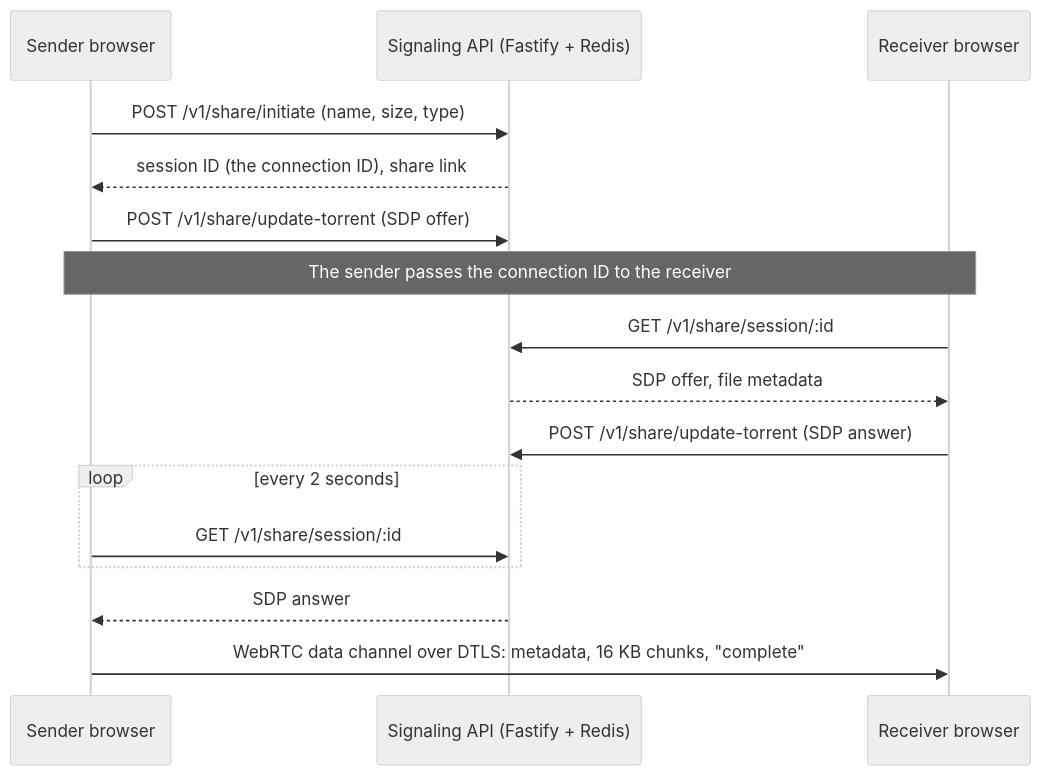
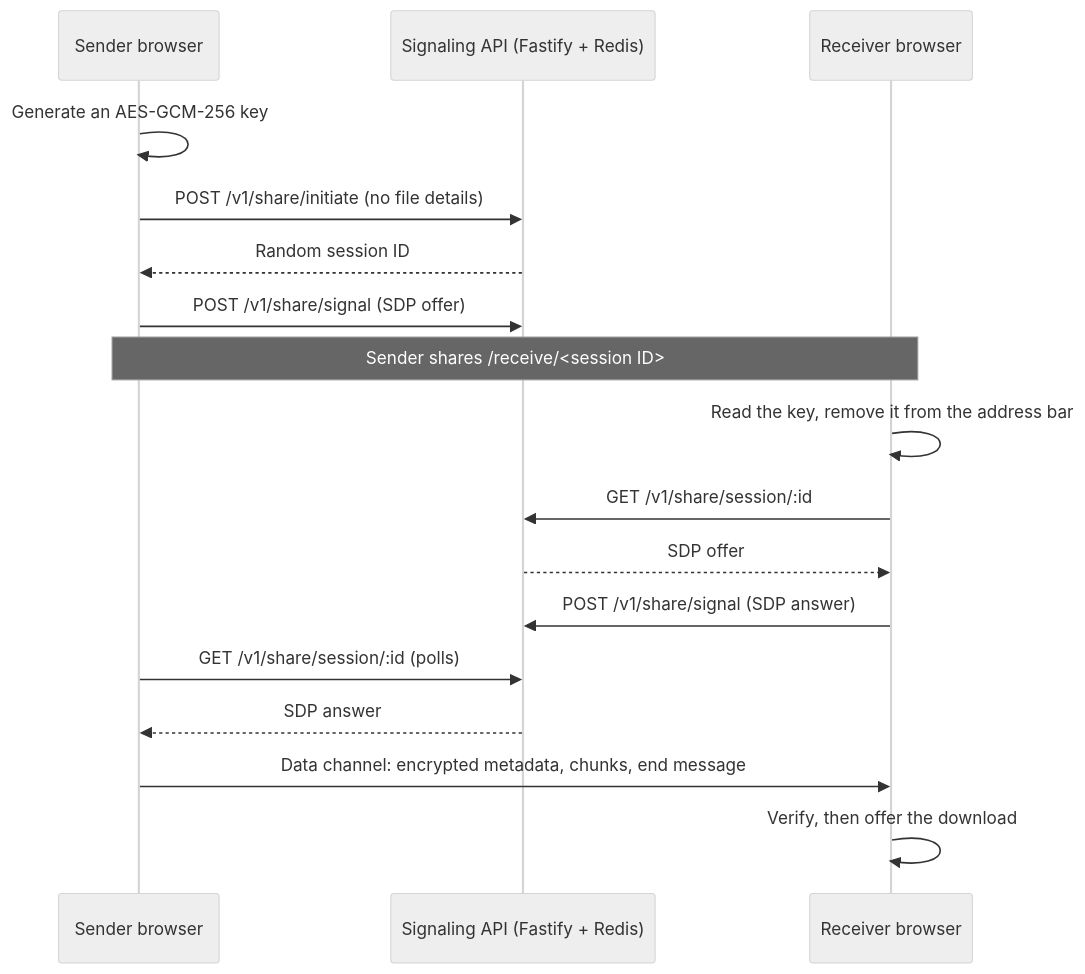
One commit to piyush-gambhir/safeshare changed the diagram in README.md. Above: the diagram before and after it, drawn with Mermaid (neutral theme). The commit also changed other lines of this file and 2 other files, not shown here.

````diff
--- a/README.md
+++ b/README.md
@@ -13,18 +13,19 @@
 ```mermaid
 sequenceDiagram
     participant S as Sender browser
     participant API as Signaling API (Fastify + Redis)
     participant R as Receiver browser
-    S->>API: POST /v1/share/initiate (name, size, type)
-    API-->>S: session ID (the connection ID), share link
-    S->>API: POST /v1/share/update-torrent (SDP offer)
-    Note over S,R: The sender passes the connection ID to the receiver
+    S->>S: Generate an AES-GCM-256 key
+    S->>API: POST /v1/share/initiate (no file details)
+    API-->>S: Random session ID
+    S->>API: POST /v1/share/signal (SDP offer)
+    Note over S,R: Sender shares /receive/<session ID>#k=<key>
+    R->>R: Read the key, remove it from the address bar
     R->>API: GET /v1/share/session/:id
-    API-->>R: SDP offer, file metadata
-    R->>API: POST /v1/share/update-torrent (SDP answer)
-    loop every 2 seconds
-        S->>API: GET /v1/share/session/:id
-    end
+    API-->>R: SDP offer
+    R->>API: POST /v1/share/signal (SDP answer)
+    S->>API: GET /v1/share/session/:id (polls)
     API-->>S: SDP answer
-    S->>R: WebRTC data channel over DTLS: metadata, 16 KB chunks, "complete"
+    S->>R: Data channel: encrypted metadata, chunks, end message
+    R->>R: Verify, then offer the download
 ```
````
